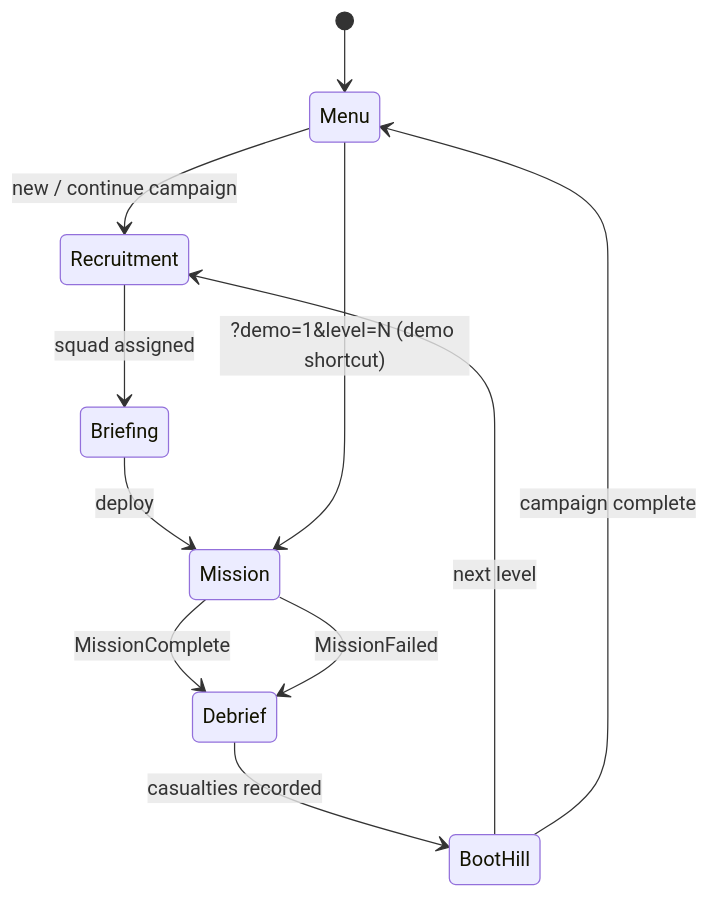
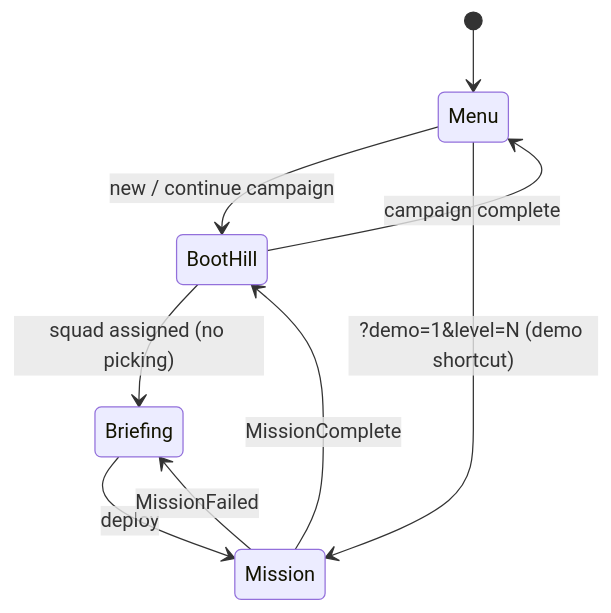
One commit to reynoldskevin/cannon-fodder-clone changed the fourth of 5 diagrams in ARCHITECTURE_DIAGRAM.md. Above: the diagram before and after it, drawn with Mermaid. The commit also changed other lines of this file and 17 other files, not shown here.

````diff
--- a/ARCHITECTURE_DIAGRAM.md
+++ b/ARCHITECTURE_DIAGRAM.md
@@ -166,13 +166,11 @@
 ```mermaid
 stateDiagram-v2
   [*] --> Menu
-  Menu --> Recruitment: new / continue campaign
-  Recruitment --> Briefing: squad assigned
+  Menu --> BootHill: new / continue campaign
+  BootHill --> Briefing: squad assigned (no picking)
   Briefing --> Mission: deploy
-  Mission --> Debrief: MissionComplete
-  Mission --> Debrief: MissionFailed
-  Debrief --> BootHill: casualties recorded
-  BootHill --> Recruitment: next level
+  Mission --> BootHill: MissionComplete
+  Mission --> Briefing: MissionFailed
   BootHill --> Menu: campaign complete
   Menu --> Mission: ?demo=1&level=N (demo shortcut)
 ```
````
